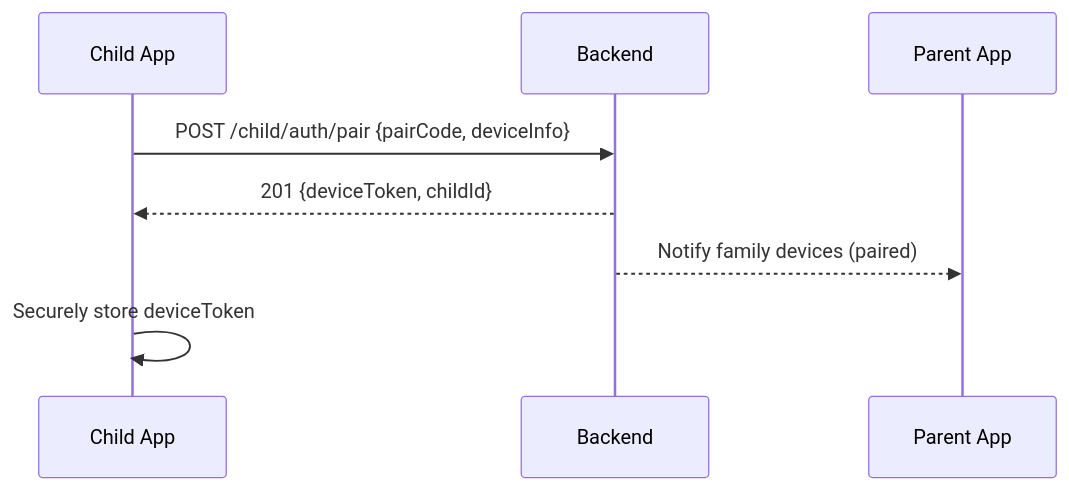
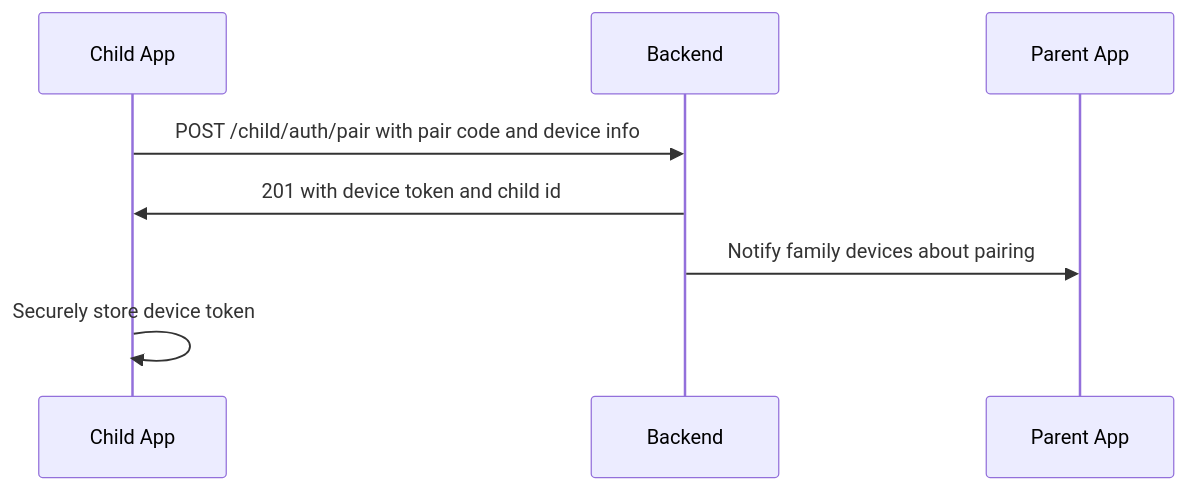
The second of 6 diagrams in Doc/Child app/CHILD_APP_FEATURES_AND_DESIGN.md (maiElkheshen066/safeGuard), drawn with Mermaid before and after one commit. The commit also changed other lines of this file, not shown here.

````diff
--- a/Doc/Child app/CHILD_APP_FEATURES_AND_DESIGN.md
+++ b/Doc/Child app/CHILD_APP_FEATURES_AND_DESIGN.md
@@ -88,10 +88,10 @@
 ```mermaid
 sequenceDiagram
   participant C as Child App
   participant B as Backend
   participant P as Parent App
-  C->>B: POST /child/auth/pair {pairCode, deviceInfo}
-  B-->>C: 201 {deviceToken, childId}
-  B-->>P: Notify family devices (paired)
-  C->>C: Securely store deviceToken
+  C->>B: POST /child/auth/pair with pair code and device info
+  B->>C: 201 with device token and child id
+  B->>P: Notify family devices about pairing
+  C->>C: Securely store device token
 ```
````
